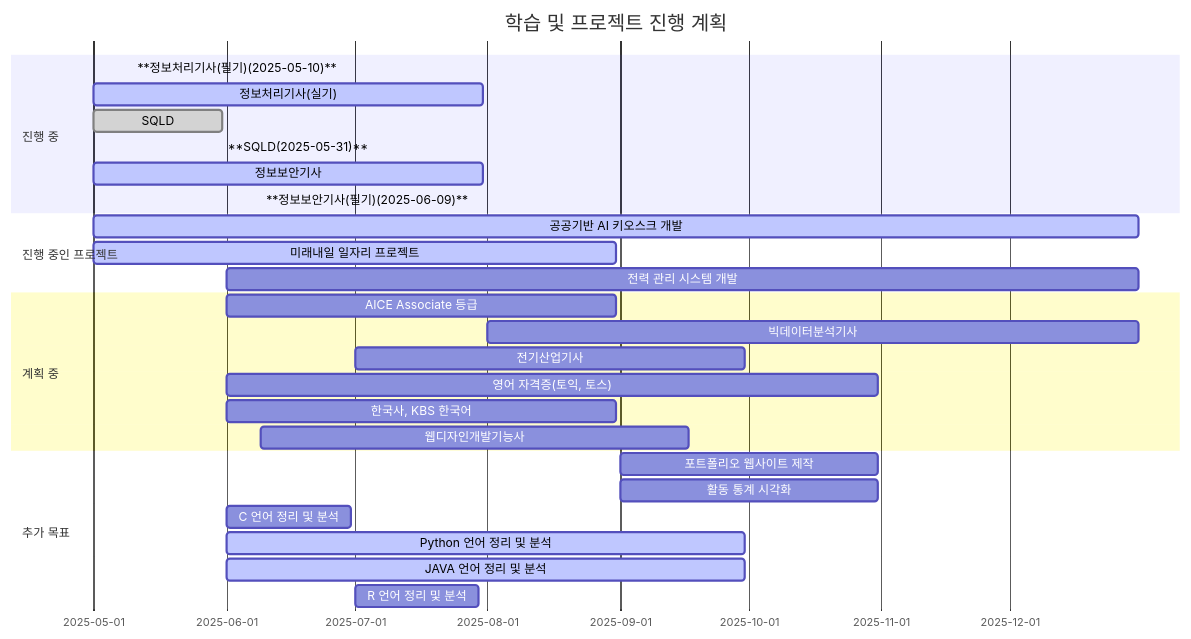
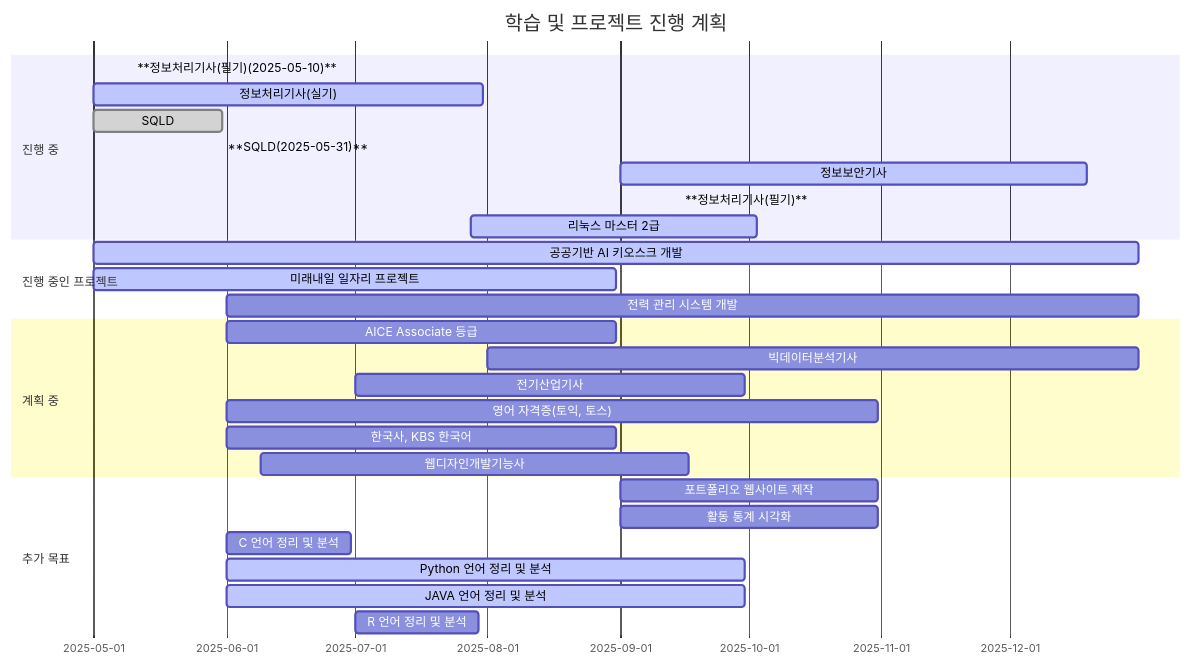
The diagram in README.md (skwjdgh/skwjdgh), drawn with Mermaid before and after one commit.

````diff
--- a/README.md
+++ b/README.md
@@ -192,35 +192,36 @@
 ```mermaid
 gantt
   title 학습 및 프로젝트 진행 계획
   dateFormat  YYYY-MM-DD
 
   section 진행 중
   **정보처리기사(필기)(2025-05-10)**       :done, 2025-05-10, 2025-05-10
   정보처리기사(실기)                       :active, 2025-05-01, 2025-07-31
   SQLD                                    :done, 2025-05-01, 2025-05-31
   **SQLD(2025-05-31)**                    :done, 2025-05-31, 2025-05-31
-  정보보안기사                             :active, 2025-05-01, 2025-07-31
-  **정보보안기사(필기)(2025-06-09)**                    :active, 2025-06-09, 2025-06-09
+  정보보안기사                             :active, 2025-09-01, 2025-12-19
+  **정보처리기사(필기)**                   :active, 2025-09-15,  2025-09-15
+  리눅스 마스터 2급                        :active, 2025-07-28, 2025-10-03
 
   section 진행 중인 프로젝트
   공공기반 AI 키오스크 개발                 :active, 2025-05-01, 2025-12-31
   미래내일 일자리 프로젝트                   :active, 2025-05-01, 2025-08-31
   전력 관리 시스템 개발                     :planned, 2025-06-01, 2025-12-31
 
   section 계획 중
   AICE Associate 등급                     :planned, 2025-06-01, 2025-08-31
   빅데이터분석기사                          :planned, 2025-08-01, 2025-12-31
   전기산업기사                             :planned, 2025-07-01, 2025-09-30
   영어 자격증(토익, 토스)                   :planned, 2025-06-01, 2025-10-31
   한국사, KBS 한국어                        :planned, 2025-06-01, 2025-08-31
   웹디자인개발기능사                        :planned, 2025-06-09, 2025-09-17
 
   section 추가 목표
   포트폴리오 웹사이트 제작                  :planned, 2025-09-01, 2025-10-31
   활동 통계 시각화                          :planned, 2025-09-01, 2025-10-31
   C 언어 정리 및 분석                      :planned, 2025-06-01, 2025-06-30
   Python 언어 정리 및 분석                 :active, 2025-06-01, 2025-09-30
   JAVA 언어 정리 및 분석                   :active, 2025-06-01, 2025-09-30
   R 언어 정리 및 분석                      :planned, 2025-07-01, 2025-07-30
 
 ```
````
